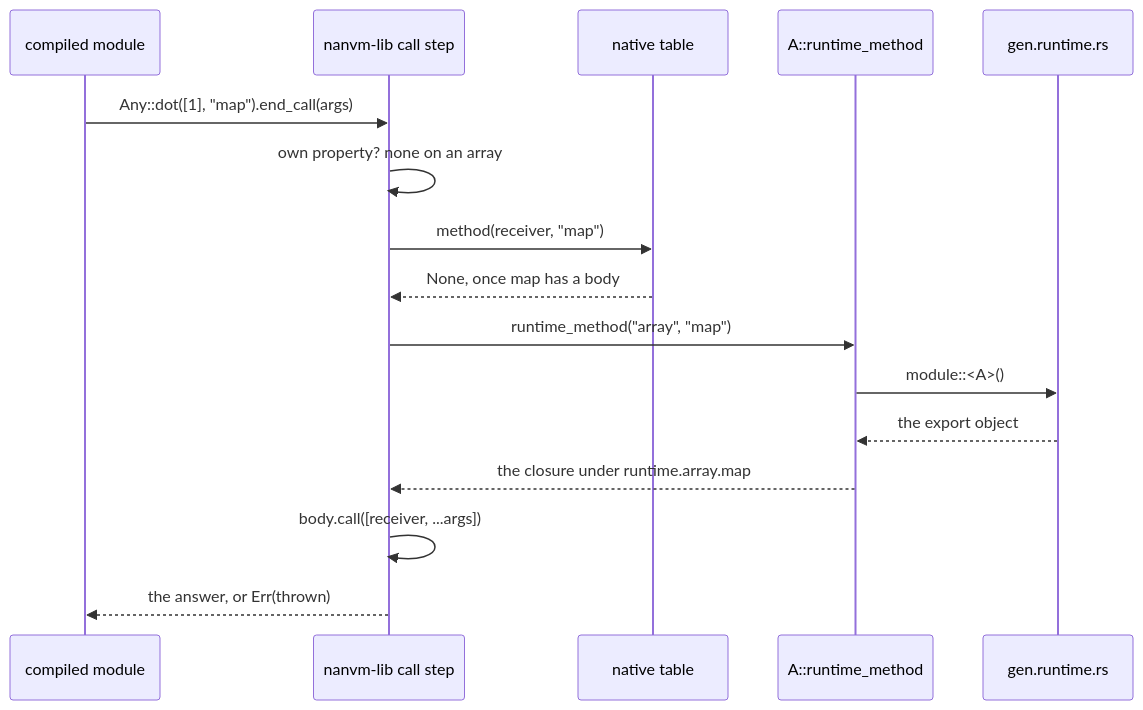
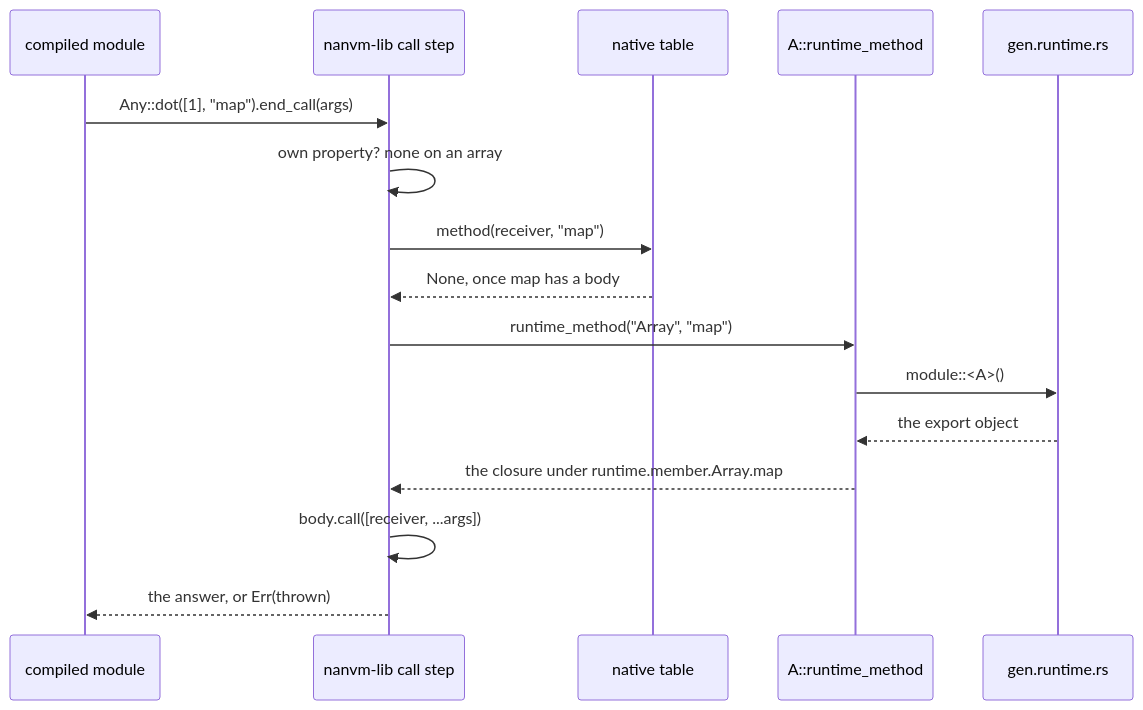
Before and after one commit to functionalscript/functionalscript: the second of 2 diagrams in fjs/js/runtime/README.md, drawn with Mermaid.

Commit message:
js/runtime: the NaNVM diagram names the type and path as the member section keys them
Claude-Session: https://claude.ai/code/session_01CBgaSuLpn5BcE5eCR77j9P

````diff
--- a/fjs/js/runtime/README.md
+++ b/fjs/js/runtime/README.md
@@ -137,18 +137,18 @@
 ```mermaid
 sequenceDiagram
     participant M as compiled module
     participant L as nanvm-lib call step
     participant T as native table
     participant A as A::runtime_method
     participant R as gen.runtime.rs
     M->>L: Any::dot([1], "map").end_call(args)
     L->>L: own property? none on an array
     L->>T: method(receiver, "map")
     T-->>L: None, once map has a body
-    L->>A: runtime_method("array", "map")
+    L->>A: runtime_method("Array", "map")
     A->>R: module::<A>()
     R-->>A: the export object
-    A-->>L: the closure under runtime.array.map
+    A-->>L: the closure under runtime.member.Array.map
     L->>L: body.call([receiver, ...args])
     L-->>M: the answer, or Err(thrown)
 ```
````
